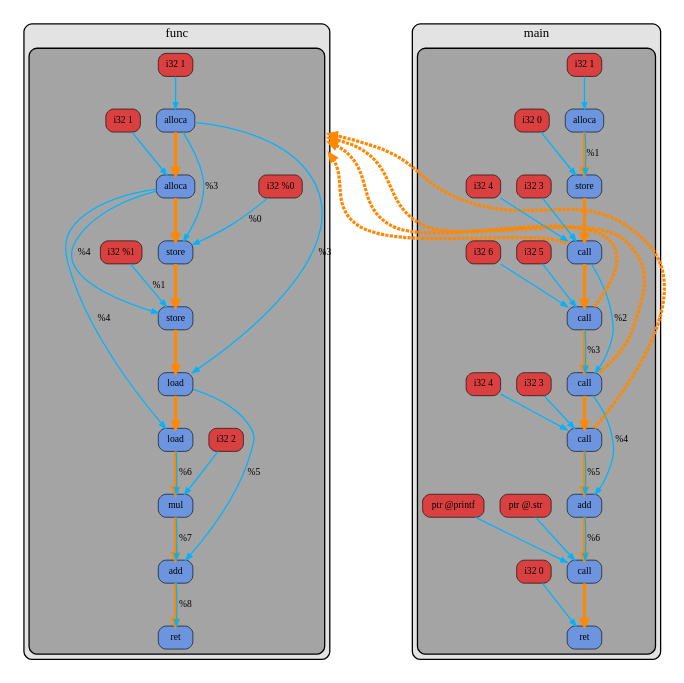
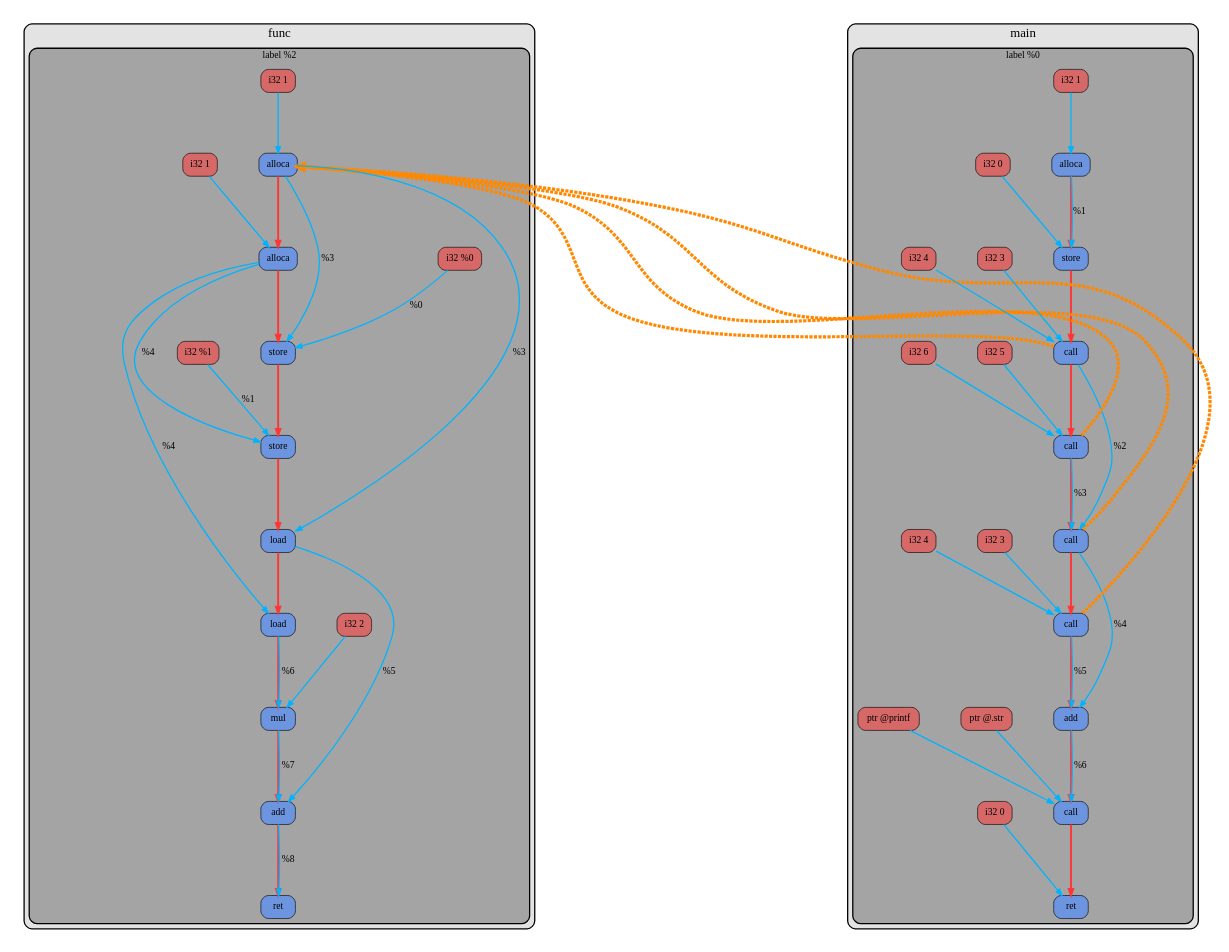
The diagram in examples/calc/dot/before_opt.dot (sevaphasol/llvm-ir-dumper), drawn with Graphviz before and after one commit. The commit also changed 45 other files, not shown here.

```diff
--- a/examples/calc/dot/before_opt.dot
+++ b/examples/calc/dot/before_opt.dot
@@ -1,5 +1,5 @@
 digraph "examples/calc/calc.c" {
-  graph [pad=0.3, rankdir=UB, compound=true, overlap=false, nodesep=0.35, ranksep=0.7, splines=true];
+  graph [pad=0.3, rankdir=TB, compound=true, overlap=false, nodesep=0.9, ranksep=1.3, splines=true];
   node [fontname="SF Pro Text Bold 10", fontsize=15];
   edge [fontname="SF Pro Text Bold 10", fontsize=15];
 subgraph cluster_func_1 {
@@ -17,29 +17,29 @@
     fillcolor="#a4a4a4";
     color="#000000";
     penwidth=2;
-    fontsize=0;
-    fontname="";
-    label="";
-    n0x645f14d8fe70 [shape="box", style="rounded, filled", fillcolor="#6d95df", color="#000000", fontcolor="#000000", label="alloca"];
-    n0x645f14d9a3e0 [shape="box", style="rounded, filled", fillcolor="#6d95df", color="#000000", fontcolor="#000000", label="store"];
-    n0x645f14ddd2c0 [shape="box", style="rounded, filled", fillcolor="#6d95df", color="#000000", fontcolor="#000000", label="call"];
-    n0x645f14ddd3b0 [shape="box", style="rounded, filled", fillcolor="#6d95df", color="#000000", fontcolor="#000000", label="call"];
-    n0x645f14ddd470 [shape="box", style="rounded, filled", fillcolor="#6d95df", color="#000000", fontcolor="#000000", label="call"];
-    n0x645f14ddd530 [shape="box", style="rounded, filled", fillcolor="#6d95df", color="#000000", fontcolor="#000000", label="call"];
-    n0x645f14ddd5d0 [shape="box", style="rounded, filled", fillcolor="#6d95df", color="#000000", fontcolor="#000000", label="add"];
-    n0x645f14ddd730 [shape="box", style="rounded, filled", fillcolor="#6d95df", color="#000000", fontcolor="#000000", label="call"];
-    n0x645f14d572d0 [shape="box", style="rounded, filled", fillcolor="#6d95df", color="#000000", fontcolor="#000000", label="ret"];
-    u0x645f14d8fe50 [shape="box", style="rounded, filled", fillcolor="#db4040", color="#000000", fontcolor="#000000", label="i32 1"];
-    u0x645f14d9a3a0 [shape="box", style="rounded, filled", fillcolor="#db4040", color="#000000", fontcolor="#000000", label="i32 0"];
-    u0x645f14ddd260 [shape="box", style="rounded, filled", fillcolor="#db4040", color="#000000", fontcolor="#000000", label="i32 3"];
-    u0x645f14ddd280 [shape="box", style="rounded, filled", fillcolor="#db4040", color="#000000", fontcolor="#000000", label="i32 4"];
-    u0x645f14ddd350 [shape="box", style="rounded, filled", fillcolor="#db4040", color="#000000", fontcolor="#000000", label="i32 5"];
-    u0x645f14ddd370 [shape="box", style="rounded, filled", fillcolor="#db4040", color="#000000", fontcolor="#000000", label="i32 6"];
-    u0x645f14ddd4d0 [shape="box", style="rounded, filled", fillcolor="#db4040", color="#000000", fontcolor="#000000", label="i32 3"];
-    u0x645f14ddd4f0 [shape="box", style="rounded, filled", fillcolor="#db4040", color="#000000", fontcolor="#000000", label="i32 4"];
-    u0x645f14ddd6d0 [shape="box", style="rounded, filled", fillcolor="#db4040", color="#000000", fontcolor="#000000", label="ptr @.str"];
-    u0x645f14ddd710 [shape="box", style="rounded, filled", fillcolor="#db4040", color="#000000", fontcolor="#000000", label="ptr @printf"];
-    u0x645f14d572b0 [shape="box", style="rounded, filled", fillcolor="#db4040", color="#000000", fontcolor="#000000", label="i32 0"];
+    fontsize=15;
+    fontname="SF Pro Text Bold 10";
+    label="label %0";
+    n0x557bec35ab70 [shape="box", style="rounded, filled", fillcolor="#6d95df", color="#000000", fontcolor="#000000", label="alloca"];
+    n0x557bec3650a0 [shape="box", style="rounded, filled", fillcolor="#6d95df", color="#000000", fontcolor="#000000", label="store"];
+    n0x557bec3a7f80 [shape="box", style="rounded, filled", fillcolor="#6d95df", color="#000000", fontcolor="#000000", label="call"];
+    n0x557bec3a8070 [shape="box", style="rounded, filled", fillcolor="#6d95df", color="#000000", fontcolor="#000000", label="call"];
+    n0x557bec3a8130 [shape="box", style="rounded, filled", fillcolor="#6d95df", color="#000000", fontcolor="#000000", label="call"];
+    n0x557bec3a81f0 [shape="box", style="rounded, filled", fillcolor="#6d95df", color="#000000", fontcolor="#000000", label="call"];
+    n0x557bec3a8290 [shape="box", style="rounded, filled", fillcolor="#6d95df", color="#000000", fontcolor="#000000", label="add"];
+    n0x557bec3a83f0 [shape="box", style="rounded, filled", fillcolor="#6d95df", color="#000000", fontcolor="#000000", label="call"];
+    n0x557bec339110 [shape="box", style="rounded, filled", fillcolor="#6d95df", color="#000000", fontcolor="#000000", label="ret"];
+    u0x557bec35ab50 [shape="box", style="rounded, filled", fillcolor="#d66868", color="#000000", fontcolor="#000000", label="i32 1"];
+    u0x557bec365060 [shape="box", style="rounded, filled", fillcolor="#d66868", color="#000000", fontcolor="#000000", label="i32 0"];
+    u0x557bec3a7f20 [shape="box", style="rounded, filled", fillcolor="#d66868", color="#000000", fontcolor="#000000", label="i32 3"];
+    u0x557bec3a7f40 [shape="box", style="rounded, filled", fillcolor="#d66868", color="#000000", fontcolor="#000000", label="i32 4"];
+    u0x557bec3a8010 [shape="box", style="rounded, filled", fillcolor="#d66868", color="#000000", fontcolor="#000000", label="i32 5"];
+    u0x557bec3a8030 [shape="box", style="rounded, filled", fillcolor="#d66868", color="#000000", fontcolor="#000000", label="i32 6"];
+    u0x557bec3a8190 [shape="box", style="rounded, filled", fillcolor="#d66868", color="#000000", fontcolor="#000000", label="i32 3"];
+    u0x557bec3a81b0 [shape="box", style="rounded, filled", fillcolor="#d66868", color="#000000", fontcolor="#000000", label="i32 4"];
+    u0x557bec3a8390 [shape="box", style="rounded, filled", fillcolor="#d66868", color="#000000", fontcolor="#000000", label="ptr @.str"];
+    u0x557bec3a83d0 [shape="box", style="rounded, filled", fillcolor="#d66868", color="#000000", fontcolor="#000000", label="ptr @printf"];
+    u0x557bec3390f0 [shape="box", style="rounded, filled", fillcolor="#d66868", color="#000000", fontcolor="#000000", label="i32 0"];
   }
 }
 subgraph cluster_func_2 {
@@ -67,73 +67,73 @@
     fillcolor="#a4a4a4";
     color="#000000";
     penwidth=2;
-    fontsize=0;
-    fontname="";
-    label="";
-    n0x645f14dd7b00 [shape="box", style="rounded, filled", fillcolor="#6d95df", color="#000000", fontcolor="#000000", label="alloca"];
-    n0x645f14dd7b80 [shape="box", style="rounded, filled", fillcolor="#6d95df", color="#000000", fontcolor="#000000", label="alloca"];
-    n0x645f14ddd7d0 [shape="box", style="rounded, filled", fillcolor="#6d95df", color="#000000", fontcolor="#000000", label="store"];
-    n0x645f14de13d0 [shape="box", style="rounded, filled", fillcolor="#6d95df", color="#000000", fontcolor="#000000", label="store"];
-    n0x645f14de1450 [shape="box", style="rounded, filled", fillcolor="#6d95df", color="#000000", fontcolor="#000000", label="load"];
-    n0x645f14de14d0 [shape="box", style="rounded, filled", fillcolor="#6d95df", color="#000000", fontcolor="#000000", label="load"];
-    n0x645f14de1570 [shape="box", style="rounded, filled", fillcolor="#6d95df", color="#000000", fontcolor="#000000", label="mul"];
-    n0x645f14de1600 [shape="box", style="rounded, filled", fillcolor="#6d95df", color="#000000", fontcolor="#000000", label="add"];
-    n0x645f14de1710 [shape="box", style="rounded, filled", fillcolor="#6d95df", color="#000000", fontcolor="#000000", label="ret"];
-    u0x645f14dd7ae0 [shape="box", style="rounded, filled", fillcolor="#db4040", color="#000000", fontcolor="#000000", label="i32 1"];
-    u0x645f14dd7b60 [shape="box", style="rounded, filled", fillcolor="#db4040", color="#000000", fontcolor="#000000", label="i32 1"];
-    u0x645f14ddd790 [shape="box", style="rounded, filled", fillcolor="#db4040", color="#000000", fontcolor="#000000", label="i32 %0"];
-    u0x645f14de1390 [shape="box", style="rounded, filled", fillcolor="#db4040", color="#000000", fontcolor="#000000", label="i32 %1"];
-    u0x645f14de1550 [shape="box", style="rounded, filled", fillcolor="#db4040", color="#000000", fontcolor="#000000", label="i32 2"];
+    fontsize=15;
+    fontname="SF Pro Text Bold 10";
+    label="label %2";
+    n0x557bec3a27c0 [shape="box", style="rounded, filled", fillcolor="#6d95df", color="#000000", fontcolor="#000000", label="alloca"];
+    n0x557bec3a2840 [shape="box", style="rounded, filled", fillcolor="#6d95df", color="#000000", fontcolor="#000000", label="alloca"];
+    n0x557bec3a8490 [shape="box", style="rounded, filled", fillcolor="#6d95df", color="#000000", fontcolor="#000000", label="store"];
+    n0x557bec3ac090 [shape="box", style="rounded, filled", fillcolor="#6d95df", color="#000000", fontcolor="#000000", label="store"];
+    n0x557bec3ac110 [shape="box", style="rounded, filled", fillcolor="#6d95df", color="#000000", fontcolor="#000000", label="load"];
+    n0x557bec3ac190 [shape="box", style="rounded, filled", fillcolor="#6d95df", color="#000000", fontcolor="#000000", label="load"];
+    n0x557bec3ac230 [shape="box", style="rounded, filled", fillcolor="#6d95df", color="#000000", fontcolor="#000000", label="mul"];
+    n0x557bec3ac2c0 [shape="box", style="rounded, filled", fillcolor="#6d95df", color="#000000", fontcolor="#000000", label="add"];
+    n0x557bec3ac3d0 [shape="box", style="rounded, filled", fillcolor="#6d95df", color="#000000", fontcolor="#000000", label="ret"];
+    u0x557bec3a27a0 [shape="box", style="rounded, filled", fillcolor="#d66868", color="#000000", fontcolor="#000000", label="i32 1"];
+    u0x557bec3a2820 [shape="box", style="rounded, filled", fillcolor="#d66868", color="#000000", fontcolor="#000000", label="i32 1"];
+    u0x557bec3a8450 [shape="box", style="rounded, filled", fillcolor="#d66868", color="#000000", fontcolor="#000000", label="i32 %0"];
+    u0x557bec3ac050 [shape="box", style="rounded, filled", fillcolor="#d66868", color="#000000", fontcolor="#000000", label="i32 %1"];
+    u0x557bec3ac210 [shape="box", style="rounded, filled", fillcolor="#d66868", color="#000000", fontcolor="#000000", label="i32 2"];
   }
 }
-n0x645f14d8fe70 -> n0x645f14d9a3e0 [color="#ff8800", weight=10000, penwidth=5];
-n0x645f14d9a3e0 -> n0x645f14ddd2c0 [color="#ff8800", weight=10000, penwidth=5];
-n0x645f14ddd2c0 -> n0x645f14ddd3b0 [color="#ff8800", weight=10000, penwidth=5];
-n0x645f14ddd3b0 -> n0x645f14ddd470 [color="#ff8800", weight=10000, penwidth=5];
-n0x645f14ddd470 -> n0x645f14ddd530 [color="#ff8800", weight=10000, penwidth=5];
-n0x645f14ddd530 -> n0x645f14ddd5d0 [color="#ff8800", weight=10000, penwidth=5];
-n0x645f14ddd5d0 -> n0x645f14ddd730 [color="#ff8800", weight=10000, penwidth=5];
-n0x645f14ddd730 -> n0x645f14d572d0 [color="#ff8800", weight=10000, penwidth=5];
-n0x645f14d8fe70 -> n0x645f14d9a3e0 [color="#00b3ff", weight=1, penwidth=2, label="%1"];
-u0x645f14d8fe50 -> n0x645f14d8fe70 [color="#00b3ff", weight=1, penwidth=2];
-u0x645f14d9a3a0 -> n0x645f14d9a3e0 [color="#00b3ff", weight=1, penwidth=2];
-n0x645f14ddd2c0 -> n0x645f14ddd470 [color="#00b3ff", weight=1, penwidth=2, label="%2"];
-n0x645f14ddd2c0 -> n0x645f14dd7b00 [color="#ff8800", penwidth=5, style="dashed", constraint=false, lhead="cluster_func_3"];
-u0x645f14ddd260 -> n0x645f14ddd2c0 [color="#00b3ff", weight=1, penwidth=2];
-u0x645f14ddd280 -> n0x645f14ddd2c0 [color="#00b3ff", weight=1, penwidth=2];
-n0x645f14ddd3b0 -> n0x645f14ddd470 [color="#00b3ff", weight=1, penwidth=2, label="%3"];
-n0x645f14ddd3b0 -> n0x645f14dd7b00 [color="#ff8800", penwidth=5, style="dashed", constraint=false, lhead="cluster_func_3"];
-u0x645f14ddd350 -> n0x645f14ddd3b0 [color="#00b3ff", weight=1, penwidth=2];
-u0x645f14ddd370 -> n0x645f14ddd3b0 [color="#00b3ff", weight=1, penwidth=2];
-n0x645f14ddd470 -> n0x645f14ddd5d0 [color="#00b3ff", weight=1, penwidth=2, label="%4"];
-n0x645f14ddd470 -> n0x645f14dd7b00 [color="#ff8800", penwidth=5, style="dashed", constraint=false, lhead="cluster_func_3"];
-n0x645f14ddd530 -> n0x645f14ddd5d0 [color="#00b3ff", weight=1, penwidth=2, label="%5"];
-n0x645f14ddd530 -> n0x645f14dd7b00 [color="#ff8800", penwidth=5, style="dashed", constraint=false, lhead="cluster_func_3"];
-u0x645f14ddd4d0 -> n0x645f14ddd530 [color="#00b3ff", weight=1, penwidth=2];
-u0x645f14ddd4f0 -> n0x645f14ddd530 [color="#00b3ff", weight=1, penwidth=2];
-n0x645f14ddd5d0 -> n0x645f14ddd730 [color="#00b3ff", weight=1, penwidth=2, label="%6"];
-u0x645f14ddd6d0 -> n0x645f14ddd730 [color="#00b3ff", weight=1, penwidth=2];
-u0x645f14ddd710 -> n0x645f14ddd730 [color="#00b3ff", weight=1, penwidth=2];
-u0x645f14d572b0 -> n0x645f14d572d0 [color="#00b3ff", weight=1, penwidth=2];
-n0x645f14dd7b00 -> n0x645f14dd7b80 [color="#ff8800", weight=10000, penwidth=5];
-n0x645f14dd7b80 -> n0x645f14ddd7d0 [color="#ff8800", weight=10000, penwidth=5];
-n0x645f14ddd7d0 -> n0x645f14de13d0 [color="#ff8800", weight=10000, penwidth=5];
-n0x645f14de13d0 -> n0x645f14de1450 [color="#ff8800", weight=10000, penwidth=5];
-n0x645f14de1450 -> n0x645f14de14d0 [color="#ff8800", weight=10000, penwidth=5];
-n0x645f14de14d0 -> n0x645f14de1570 [color="#ff8800", weight=10000, penwidth=5];
-n0x645f14de1570 -> n0x645f14de1600 [color="#ff8800", weight=10000, penwidth=5];
-n0x645f14de1600 -> n0x645f14de1710 [color="#ff8800", weight=10000, penwidth=5];
-n0x645f14dd7b00 -> n0x645f14de1450 [color="#00b3ff", weight=1, penwidth=2, label="%3"];
-n0x645f14dd7b00 -> n0x645f14ddd7d0 [color="#00b3ff", weight=1, penwidth=2, label="%3"];
-u0x645f14dd7ae0 -> n0x645f14dd7b00 [color="#00b3ff", weight=1, penwidth=2];
-n0x645f14dd7b80 -> n0x645f14de14d0 [color="#00b3ff", weight=1, penwidth=2, label="%4"];
-n0x645f14dd7b80 -> n0x645f14de13d0 [color="#00b3ff", weight=1, penwidth=2, label="%4"];
-u0x645f14dd7b60 -> n0x645f14dd7b80 [color="#00b3ff", weight=1, penwidth=2];
-u0x645f14ddd790 -> n0x645f14ddd7d0 [color="#00b3ff", weight=1, penwidth=2, label="%0"];
-u0x645f14de1390 -> n0x645f14de13d0 [color="#00b3ff", weight=1, penwidth=2, label="%1"];
-n0x645f14de1450 -> n0x645f14de1600 [color="#00b3ff", weight=1, penwidth=2, label="%5"];
-n0x645f14de14d0 -> n0x645f14de1570 [color="#00b3ff", weight=1, penwidth=2, label="%6"];
-n0x645f14de1570 -> n0x645f14de1600 [color="#00b3ff", weight=1, penwidth=2, label="%7"];
-u0x645f14de1550 -> n0x645f14de1570 [color="#00b3ff", weight=1, penwidth=2];
-n0x645f14de1600 -> n0x645f14de1710 [color="#00b3ff", weight=1, penwidth=2, label="%8"];
+n0x557bec35ab70 -> n0x557bec3650a0 [color="#ff3636", weight=1000, penwidth=3];
+n0x557bec3650a0 -> n0x557bec3a7f80 [color="#ff3636", weight=1000, penwidth=3];
+n0x557bec3a7f80 -> n0x557bec3a8070 [color="#ff3636", weight=1000, penwidth=3];
+n0x557bec3a8070 -> n0x557bec3a8130 [color="#ff3636", weight=1000, penwidth=3];
+n0x557bec3a8130 -> n0x557bec3a81f0 [color="#ff3636", weight=1000, penwidth=3];
+n0x557bec3a81f0 -> n0x557bec3a8290 [color="#ff3636", weight=1000, penwidth=3];
+n0x557bec3a8290 -> n0x557bec3a83f0 [color="#ff3636", weight=1000, penwidth=3];
+n0x557bec3a83f0 -> n0x557bec339110 [color="#ff3636", weight=1000, penwidth=3];
+n0x557bec35ab70 -> n0x557bec3650a0 [color="#00b3ff", weight=1, penwidth=2, label="%1"];
+u0x557bec35ab50 -> n0x557bec35ab70 [color="#00b3ff", weight=1, penwidth=2];
+u0x557bec365060 -> n0x557bec3650a0 [color="#00b3ff", weight=1, penwidth=2];
+n0x557bec3a7f80 -> n0x557bec3a8130 [color="#00b3ff", weight=1, penwidth=2, label="%2"];
+n0x557bec3a7f80 -> n0x557bec3a27c0 [color="#ff8800", penwidth=5, style="dashed", constraint=false];
+u0x557bec3a7f20 -> n0x557bec3a7f80 [color="#00b3ff", weight=1, penwidth=2];
+u0x557bec3a7f40 -> n0x557bec3a7f80 [color="#00b3ff", weight=1, penwidth=2];
+n0x557bec3a8070 -> n0x557bec3a8130 [color="#00b3ff", weight=1, penwidth=2, label="%3"];
+n0x557bec3a8070 -> n0x557bec3a27c0 [color="#ff8800", penwidth=5, style="dashed", constraint=false];
+u0x557bec3a8010 -> n0x557bec3a8070 [color="#00b3ff", weight=1, penwidth=2];
+u0x557bec3a8030 -> n0x557bec3a8070 [color="#00b3ff", weight=1, penwidth=2];
+n0x557bec3a8130 -> n0x557bec3a8290 [color="#00b3ff", weight=1, penwidth=2, label="%4"];
+n0x557bec3a8130 -> n0x557bec3a27c0 [color="#ff8800", penwidth=5, style="dashed", constraint=false];
+n0x557bec3a81f0 -> n0x557bec3a8290 [color="#00b3ff", weight=1, penwidth=2, label="%5"];
+n0x557bec3a81f0 -> n0x557bec3a27c0 [color="#ff8800", penwidth=5, style="dashed", constraint=false];
+u0x557bec3a8190 -> n0x557bec3a81f0 [color="#00b3ff", weight=1, penwidth=2];
+u0x557bec3a81b0 -> n0x557bec3a81f0 [color="#00b3ff", weight=1, penwidth=2];
+n0x557bec3a8290 -> n0x557bec3a83f0 [color="#00b3ff", weight=1, penwidth=2, label="%6"];
+u0x557bec3a8390 -> n0x557bec3a83f0 [color="#00b3ff", weight=1, penwidth=2];
+u0x557bec3a83d0 -> n0x557bec3a83f0 [color="#00b3ff", weight=1, penwidth=2];
+u0x557bec3390f0 -> n0x557bec339110 [color="#00b3ff", weight=1, penwidth=2];
+n0x557bec3a27c0 -> n0x557bec3a2840 [color="#ff3636", weight=1000, penwidth=3];
+n0x557bec3a2840 -> n0x557bec3a8490 [color="#ff3636", weight=1000, penwidth=3];
+n0x557bec3a8490 -> n0x557bec3ac090 [color="#ff3636", weight=1000, penwidth=3];
+n0x557bec3ac090 -> n0x557bec3ac110 [color="#ff3636", weight=1000, penwidth=3];
+n0x557bec3ac110 -> n0x557bec3ac190 [color="#ff3636", weight=1000, penwidth=3];
+n0x557bec3ac190 -> n0x557bec3ac230 [color="#ff3636", weight=1000, penwidth=3];
+n0x557bec3ac230 -> n0x557bec3ac2c0 [color="#ff3636", weight=1000, penwidth=3];
+n0x557bec3ac2c0 -> n0x557bec3ac3d0 [color="#ff3636", weight=1000, penwidth=3];
+n0x557bec3a27c0 -> n0x557bec3ac110 [color="#00b3ff", weight=1, penwidth=2, label="%3"];
+n0x557bec3a27c0 -> n0x557bec3a8490 [color="#00b3ff", weight=1, penwidth=2, label="%3"];
+u0x557bec3a27a0 -> n0x557bec3a27c0 [color="#00b3ff", weight=1, penwidth=2];
+n0x557bec3a2840 -> n0x557bec3ac190 [color="#00b3ff", weight=1, penwidth=2, label="%4"];
+n0x557bec3a2840 -> n0x557bec3ac090 [color="#00b3ff", weight=1, penwidth=2, label="%4"];
+u0x557bec3a2820 -> n0x557bec3a2840 [color="#00b3ff", weight=1, penwidth=2];
+u0x557bec3a8450 -> n0x557bec3a8490 [color="#00b3ff", weight=1, penwidth=2, label="%0"];
+u0x557bec3ac050 -> n0x557bec3ac090 [color="#00b3ff", weight=1, penwidth=2, label="%1"];
+n0x557bec3ac110 -> n0x557bec3ac2c0 [color="#00b3ff", weight=1, penwidth=2, label="%5"];
+n0x557bec3ac190 -> n0x557bec3ac230 [color="#00b3ff", weight=1, penwidth=2, label="%6"];
+n0x557bec3ac230 -> n0x557bec3ac2c0 [color="#00b3ff", weight=1, penwidth=2, label="%7"];
+u0x557bec3ac210 -> n0x557bec3ac230 [color="#00b3ff", weight=1, penwidth=2];
+n0x557bec3ac2c0 -> n0x557bec3ac3d0 [color="#00b3ff", weight=1, penwidth=2, label="%8"];
 }
```
